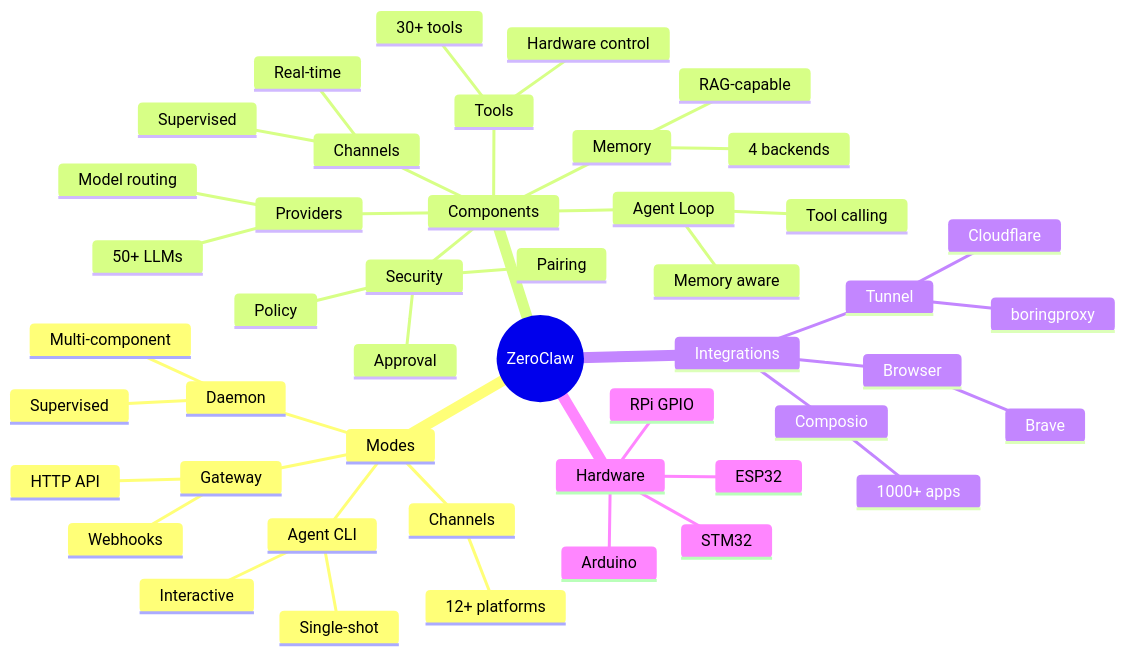
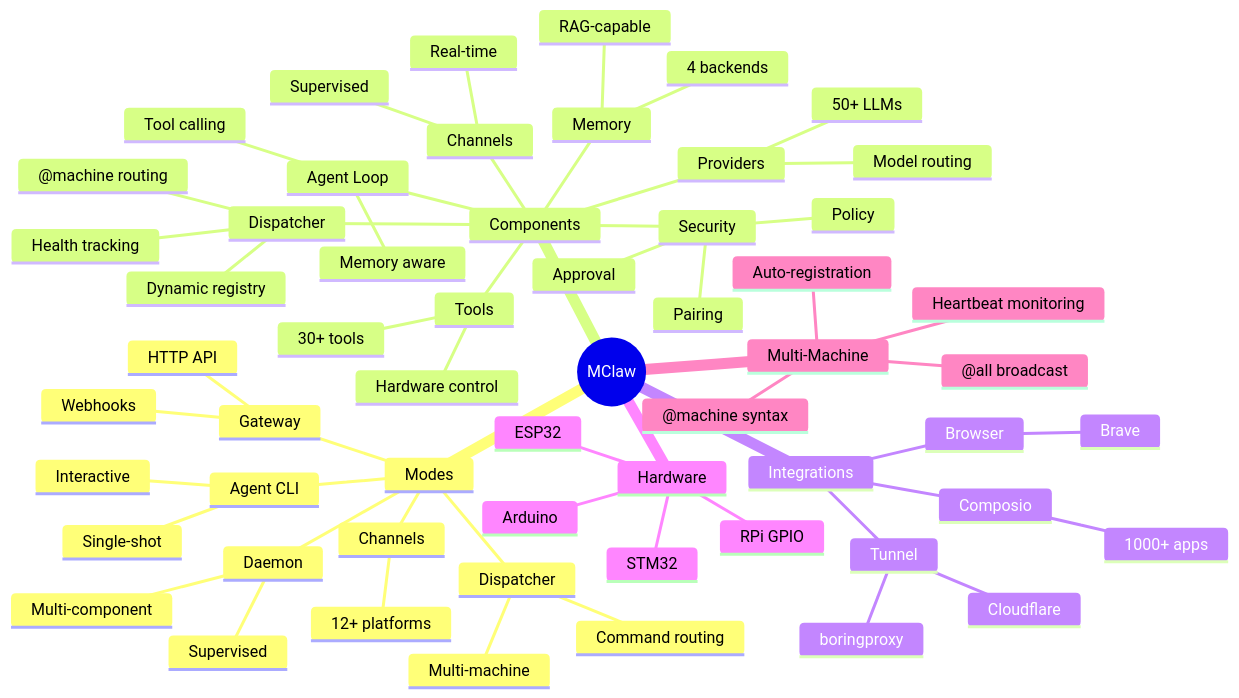
Diagram 17 of 17 in docs/assets/architecture-diagrams.md (dolphyvn/mclaw), drawn with Mermaid before and after one commit. The commit also changed other lines of this file, not shown here.

First line of the commit message:
docs: update architecture diagrams with dispatcher

````diff
--- a/docs/assets/architecture-diagrams.md
+++ b/docs/assets/architecture-diagrams.md
@@ -780,49 +928,61 @@
 ```mermaid
 mindmap
-    root((ZeroClaw))
+    root((MClaw))
         Modes
             Agent CLI
                 Interactive
                 Single-shot
             Gateway
                 HTTP API
                 Webhooks
             Daemon
                 Supervised
                 Multi-component
+            Dispatcher
+                Multi-machine
+                Command routing
             Channels
                 12+ platforms
         Components
             Agent Loop
                 Tool calling
                 Memory aware
             Providers
                 50+ LLMs
                 Model routing
             Channels
                 Real-time
                 Supervised
             Tools
                 30+ tools
                 Hardware control
             Memory
                 4 backends
                 RAG-capable
             Security
                 Pairing
                 Approval
                 Policy
+            Dispatcher
+                Dynamic registry
+                Health tracking
+                @machine routing
         Integrations
             Composio
                 1000+ apps
             Browser
                 Brave
             Tunnel
                 Cloudflare
                 boringproxy
         Hardware
             STM32
             Arduino
             ESP32
             RPi GPIO
+        Multi-Machine
+            @machine syntax
+            @all broadcast
+            Auto-registration
+            Heartbeat monitoring
 ```
````
